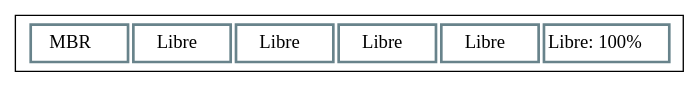
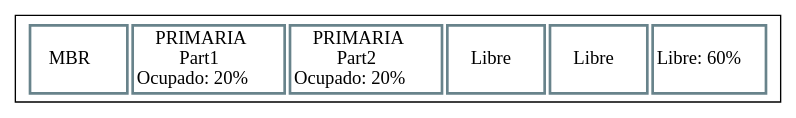
Before and after one commit to NatalyDuarte/MIA_P2_202001570: the diagram in Backend/Disk.dot, drawn with Graphviz. The commit also changed 21 other files, not shown here.

```diff
--- a/Backend/Disk.dot
+++ b/Backend/Disk.dot
@@ -1,9 +1,9 @@
 digraph G{
 tbl [
 shape=box
 label=<
 <table border='0' cellborder='2' width='100' height="30" color='lightblue4'>
-<tr><td height='30' width='75'> MBR </td><td height='30' width='75.0'>Libre</td><td height='30' width='75.0'>Libre</td><td height='30' width='75.0'>Libre</td><td height='30' width='75.0'>Libre</td><td height='30' width='75.0'>Libre: 100%</td>     </tr>
+<tr><td height='30' width='75'> MBR </td><td height='30' width='75.0'>PRIMARIA <br/>Part1 <br/> Ocupado: 20%</td><td height='30' width='75.0'>PRIMARIA <br/>Part2 <br/> Ocupado: 20%</td><td height='30' width='75.0'>Libre</td><td height='30' width='75.0'>Libre</td><td height='30' width='75.0'>Libre: 60%</td>     </tr>
 </table>
 >];
 }
```
